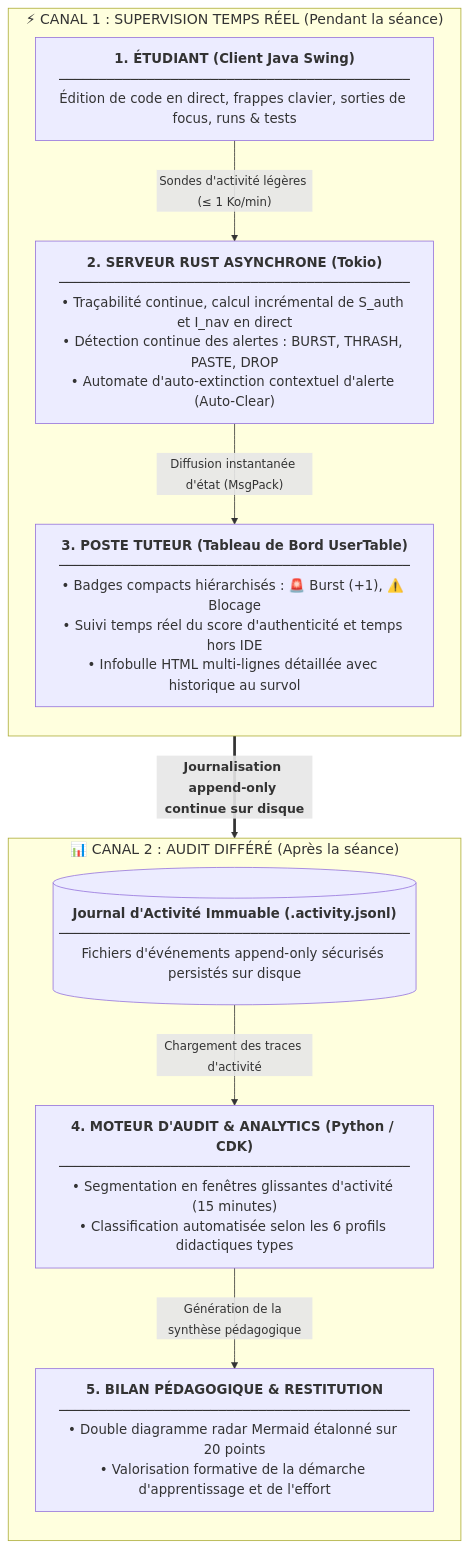
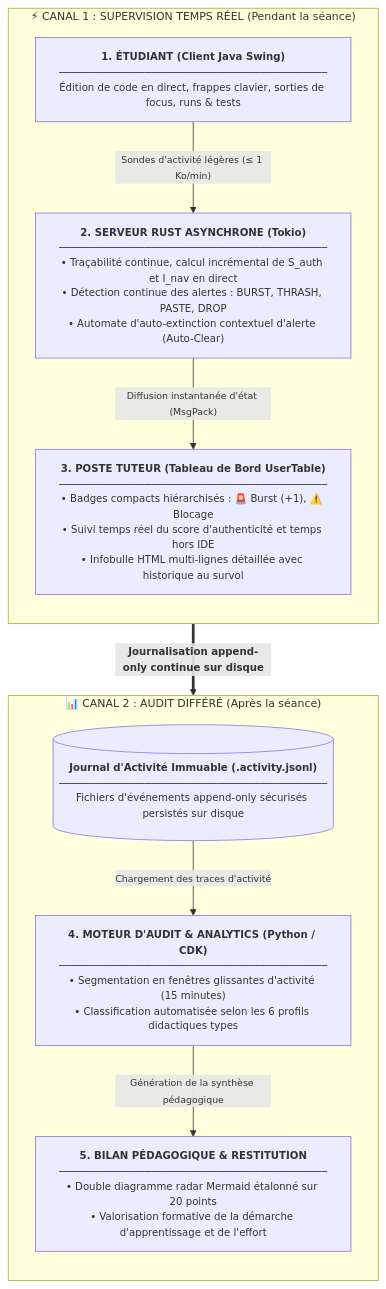
Before and after one commit to jlehuen/CodeLab: the second of 2 diagrams in mkdocs/doc-fr/docs/telemetrie.md, drawn with Mermaid. The commit also changed 1 other file, not shown here.

Commit message:
docs(telemetrie): adoucissement equilibre de la taille des polices de la vue fonctionnelle

````diff
--- a/mkdocs/doc-fr/docs/telemetrie.md
+++ b/mkdocs/doc-fr/docs/telemetrie.md
@@ -37,22 +37,21 @@
 ```mermaid
-%%{init: {'themeVariables': { 'fontSize': '18px' }}}%%
+%%{init: {'themeVariables': { 'fontSize': '14px' }}}%%
 flowchart TD
-    classDef default font-size:17px;
-    classDef titleStyle font-size:21px;
+    classDef default font-size:13px;
 
     subgraph C1 ["⚡ CANAL 1 : SUPERVISION TEMPS RÉEL (Pendant la séance)"]
         direction TB
-        E["<span style='font-size:21px'><b>1. ÉTUDIANT (Client Java Swing)</b></span><br/>────────────────────────────────────────────<br/>Édition de code en direct, frappes clavier, sorties de focus, runs &amp; tests"]
-        -->|"<span style='font-size:15px'>Sondes d'activité légères (≤ 1 Ko/min)</span>"| S["<span style='font-size:21px'><b>2. SERVEUR RUST ASYNCHRONE (Tokio)</b></span><br/>────────────────────────────────────────────<br/>• Traçabilité continue, calcul incrémental de S_auth et I_nav en direct<br/>• Détection continue des alertes : BURST, THRASH, PASTE, DROP<br/>• Automate d'auto-extinction contextuel d'alerte (Auto-Clear)"]
-        -->|"<span style='font-size:15px'>Diffusion instantanée d'état (MsgPack)</span>"| T["<span style='font-size:21px'><b>3. POSTE TUTEUR (Tableau de Bord UserTable)</b></span><br/>────────────────────────────────────────────<br/>• Badges compacts hiérarchisés : 🚨 Burst (+1), ⚠️ Blocage<br/>• Suivi temps réel du score d'authenticité et temps hors IDE<br/>• Infobulle HTML multi-lignes détaillée avec historique au survol"]
+        E["<span style='font-size:16px'><b>1. ÉTUDIANT (Client Java Swing)</b></span><br/>────────────────────────────────────────────<br/>Édition de code en direct, frappes clavier, sorties de focus, runs &amp; tests"]
+        -->|"<span style='font-size:12px'>Sondes d'activité légères (≤ 1 Ko/min)</span>"| S["<span style='font-size:16px'><b>2. SERVEUR RUST ASYNCHRONE (Tokio)</b></span><br/>────────────────────────────────────────────<br/>• Traçabilité continue, calcul incrémental de S_auth et I_nav en direct<br/>• Détection continue des alertes : BURST, THRASH, PASTE, DROP<br/>• Automate d'auto-extinction contextuel d'alerte (Auto-Clear)"]
+        -->|"<span style='font-size:12px'>Diffusion instantanée d'état (MsgPack)</span>"| T["<span style='font-size:16px'><b>3. POSTE TUTEUR (Tableau de Bord UserTable)</b></span><br/>────────────────────────────────────────────<br/>• Badges compacts hiérarchisés : 🚨 Burst (+1), ⚠️ Blocage<br/>• Suivi temps réel du score d'authenticité et temps hors IDE<br/>• Infobulle HTML multi-lignes détaillée avec historique au survol"]
     end
 
     subgraph C2 ["📊 CANAL 2 : AUDIT DIFFÉRÉ (Après la séance)"]
         direction TB
-        J[("<span style='font-size:21px'><b>Journal d'Activité Immuable (.activity.jsonl)</b></span><br/>────────────────────────────────────────────<br/>Fichiers d'événements append-only sécurisés persistés sur disque")]
-        -->|"<span style='font-size:15px'>Chargement des traces d'activité</span>"| A["<span style='font-size:21px'><b>4. MOTEUR D'AUDIT &amp; ANALYTICS (Python / CDK)</b></span><br/>────────────────────────────────────────────<br/>• Segmentation en fenêtres glissantes d'activité (15 minutes)<br/>• Classification automatisée selon les 6 profils didactiques types"]
-        -->|"<span style='font-size:15px'>Génération de la synthèse pédagogique</span>"| R["<span style='font-size:21px'><b>5. BILAN PÉDAGOGIQUE &amp; RESTITUTION</b></span><br/>────────────────────────────────────────────<br/>• Double diagramme radar Mermaid étalonné sur 20 points<br/>• Valorisation formative de la démarche d'apprentissage et de l'effort"]
+        J[("<span style='font-size:16px'><b>Journal d'Activité Immuable (.activity.jsonl)</b></span><br/>────────────────────────────────────────────<br/>Fichiers d'événements append-only sécurisés persistés sur disque")]
+        -->|"<span style='font-size:12px'>Chargement des traces d'activité</span>"| A["<span style='font-size:16px'><b>4. MOTEUR D'AUDIT &amp; ANALYTICS (Python / CDK)</b></span><br/>────────────────────────────────────────────<br/>• Segmentation en fenêtres glissantes d'activité (15 minutes)<br/>• Classification automatisée selon les 6 profils didactiques types"]
+        -->|"<span style='font-size:12px'>Génération de la synthèse pédagogique</span>"| R["<span style='font-size:16px'><b>5. BILAN PÉDAGOGIQUE &amp; RESTITUTION</b></span><br/>────────────────────────────────────────────<br/>• Double diagramme radar Mermaid étalonné sur 20 points<br/>• Valorisation formative de la démarche d'apprentissage et de l'effort"]
     end
 
-    C1 ==>|"<span style='font-size:16px'><b>Journalisation append-only continue sur disque</b></span>"| C2
+    C1 ==>|"<span style='font-size:13px'><b>Journalisation append-only continue sur disque</b></span>"| C2
 ```
````
